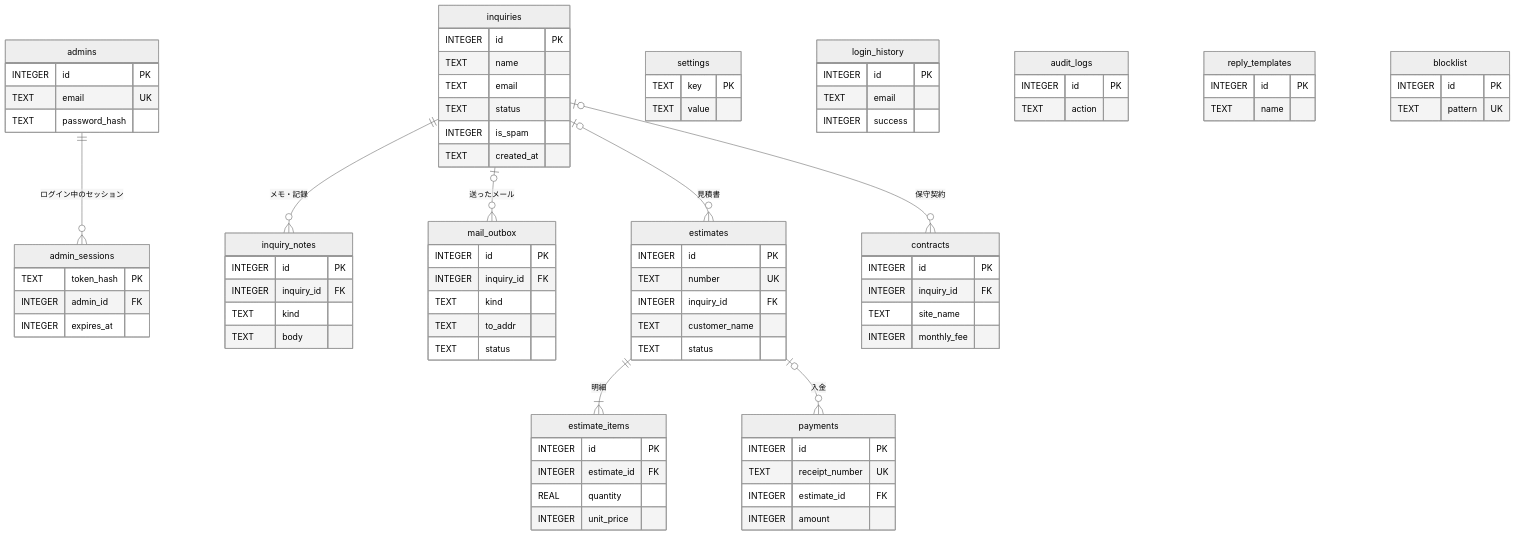
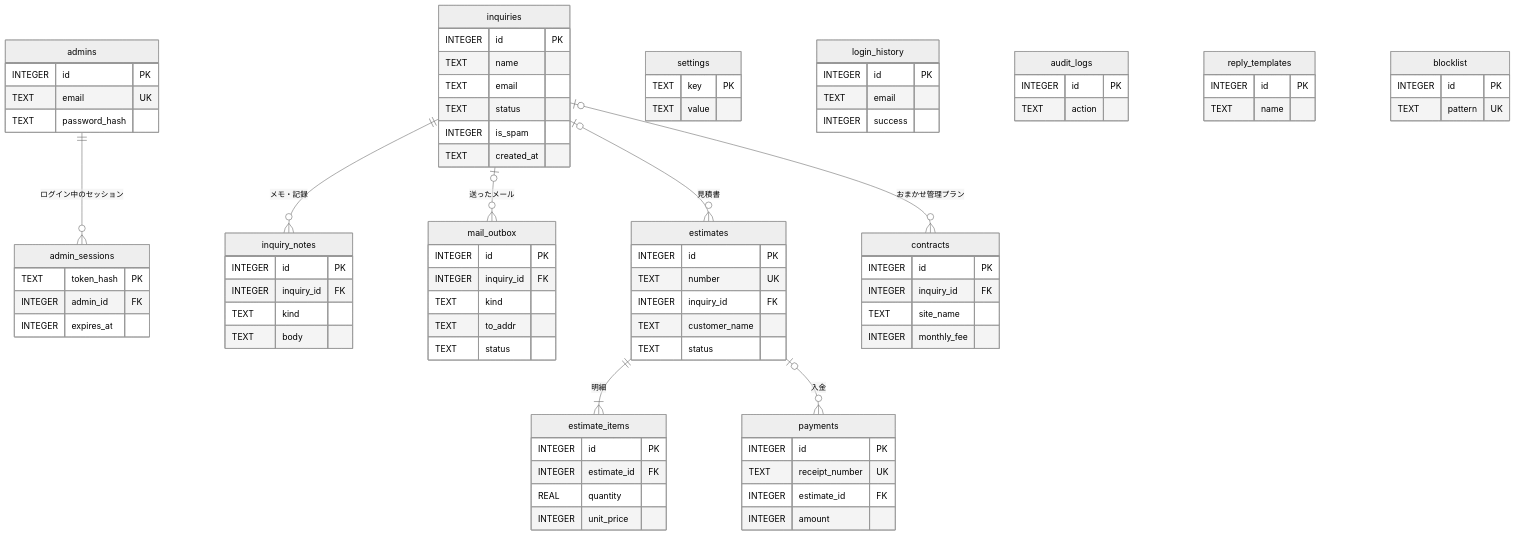
The diagram in docs/詳細設計書/05_DB設計.md (NakagawaTakato/company), drawn with Mermaid (neutral theme) before and after one commit. The commit also changed other lines of this file and 42 other files, not shown here.

```diff
--- a/docs/詳細設計書/05_DB設計.md
+++ b/docs/詳細設計書/05_DB設計.md
@@ -18,7 +18,7 @@
   inquiries ||--o{ inquiry_notes : "メモ・記録"
   inquiries |o--o{ mail_outbox : "送ったメール"
   inquiries |o--o{ estimates : "見積書"
-  inquiries |o--o{ contracts : "保守契約"
+  inquiries |o--o{ contracts : "おまかせ管理プラン"
   estimates ||--|{ estimate_items : "明細"
   estimates |o--o{ payments : "入金"
 
```
